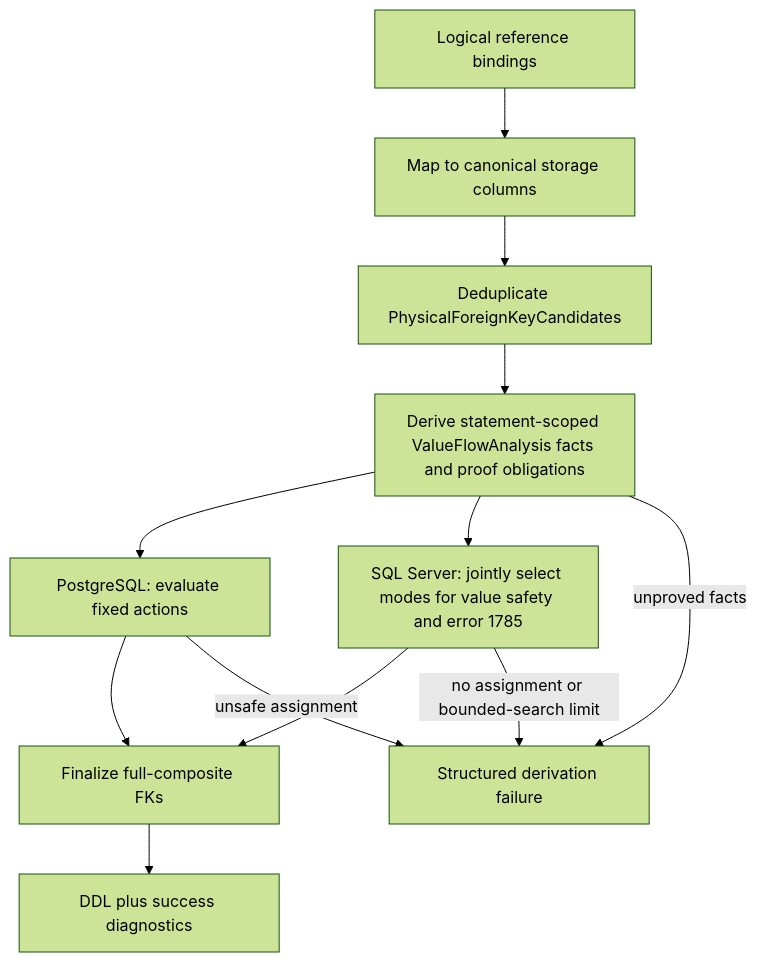
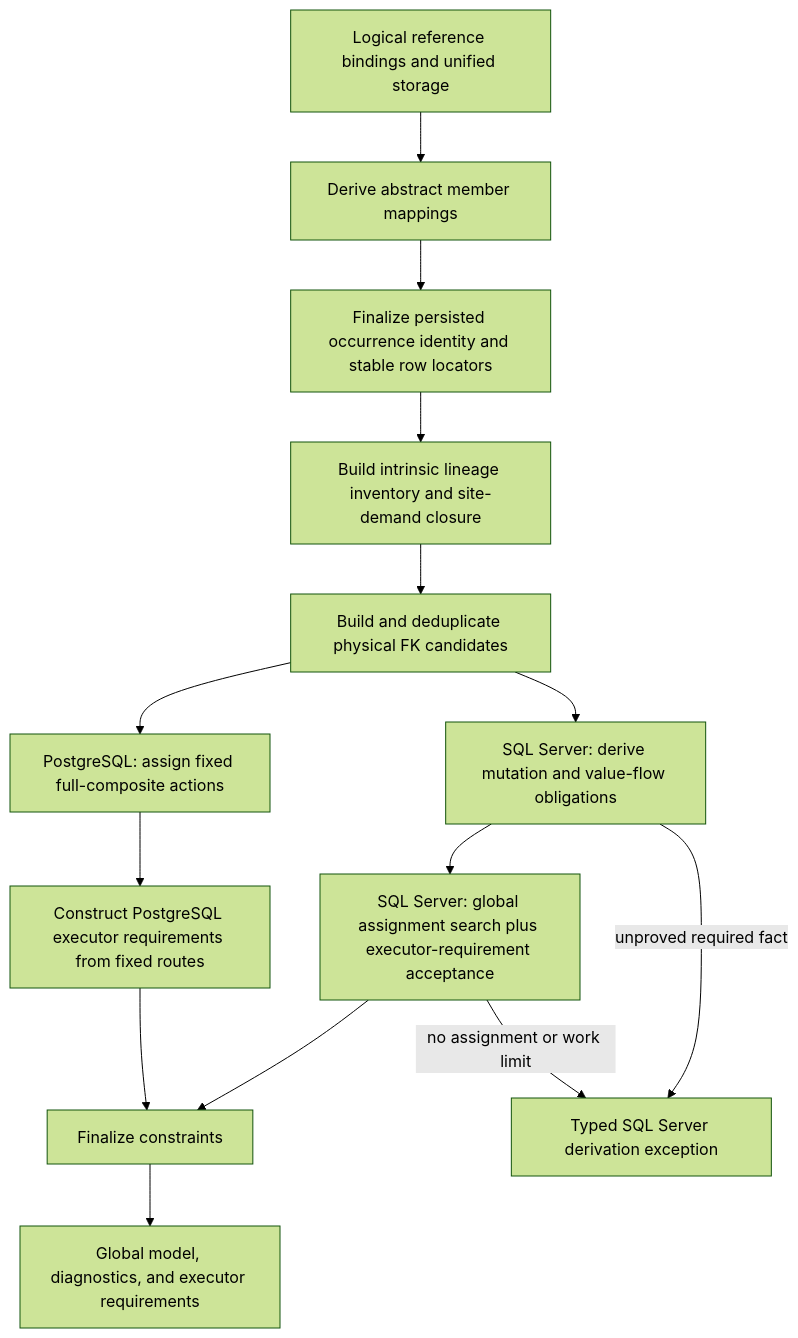
One commit to Ed-Fi-Alliance-OSS/Data-Management-Service changed the diagram in reference/design/backend-redesign/design-docs/mssql-cascading.md. Above: the diagram before and after it, drawn with Mermaid (forest theme). The commit also changed other lines of this file and 50 other files, not shown here.

````diff
--- a/reference/design/backend-redesign/design-docs/mssql-cascading.md
+++ b/reference/design/backend-redesign/design-docs/mssql-cascading.md
@@ -123,14 +251,16 @@
 ```mermaid
 flowchart TD
-  L[Logical reference bindings] --> S[Map to canonical storage columns]
-  S --> P[Deduplicate PhysicalForeignKeyCandidates]
-  P --> V[Derive statement-scoped ValueFlowAnalysis facts and proof obligations]
-  V --> PG[PostgreSQL: evaluate fixed actions]
-  V --> MS[SQL Server: jointly select modes for value safety and error 1785]
-  PG --> F[Finalize full-composite FKs]
+  L[Logical reference bindings and unified storage] --> A[Derive abstract member mappings]
+  A --> I[Finalize persisted occurrence identity and stable row locators]
+  I --> C[Build intrinsic lineage inventory and site-demand closure]
+  C --> P[Build and deduplicate physical FK candidates]
+  P --> PG[PostgreSQL: assign fixed full-composite actions]
+  P --> MV[SQL Server: derive mutation and value-flow obligations]
+  MV --> MS[SQL Server: global assignment search plus executor-requirement acceptance]
+  PG --> PR[Construct PostgreSQL executor requirements from fixed routes]
+  PR --> F[Finalize constraints]
   MS --> F
-  F --> O[DDL plus success diagnostics]
-  V -->|unproved facts| X[Structured derivation failure]
-  PG -->|unsafe assignment| X
-  MS -->|no assignment or bounded-search limit| X
+  F --> O[Global model, diagnostics, and executor requirements]
+  MV -->|unproved required fact| X[Typed SQL Server derivation exception]
+  MS -->|no assignment or work limit| X
 ```
````
